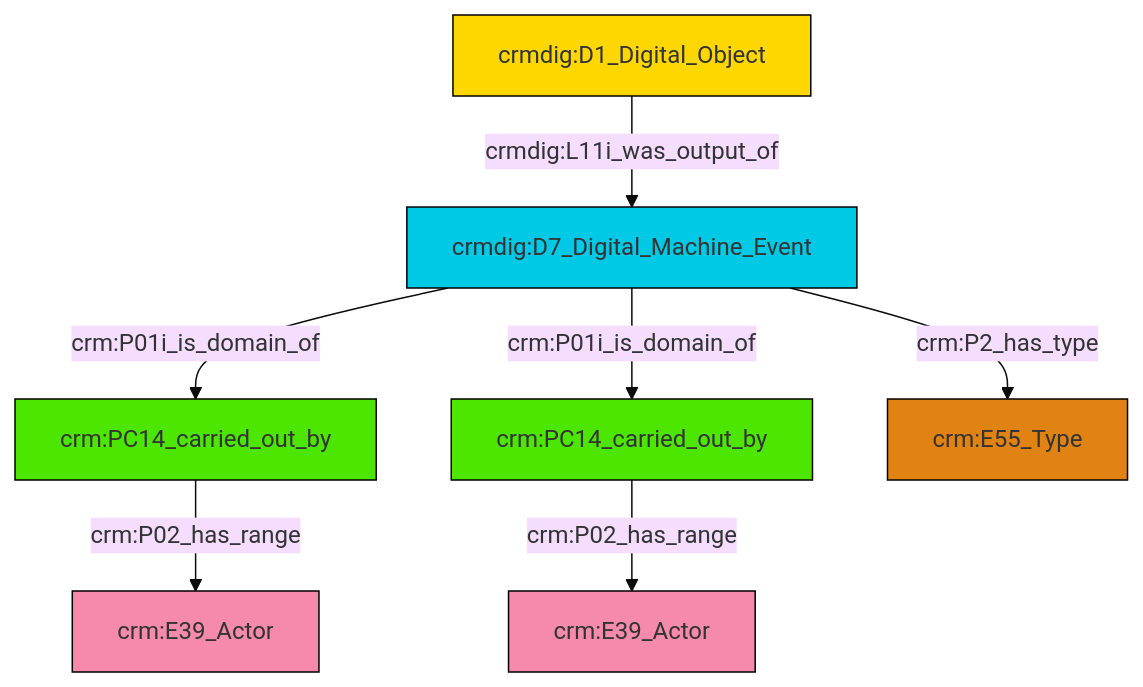
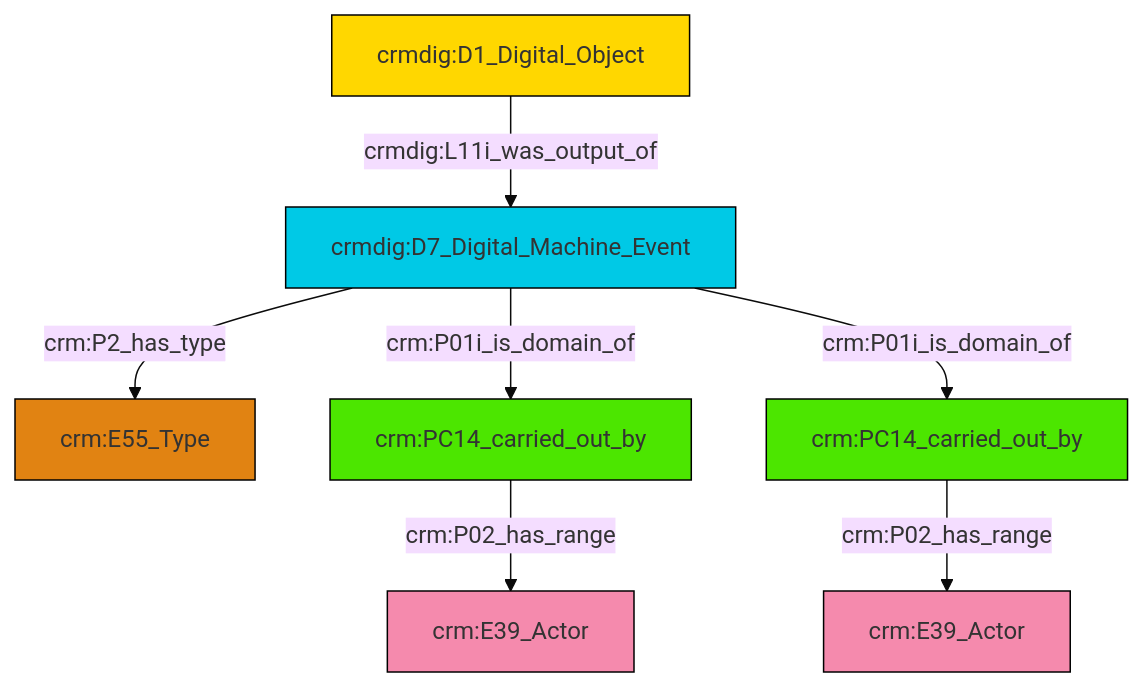
The diagram in et/doCSV/ttl/mmd/do_actor_relations.ttl.mmd (swiss-art-research-net/docs.swissartresearch), drawn with Mermaid (base theme) before and after one commit. The commit also changed 180 other files, not shown here.

```diff
--- a/et/doCSV/ttl/mmd/do_actor_relations.ttl.mmd
+++ b/et/doCSV/ttl/mmd/do_actor_relations.ttl.mmd
@@ -1,21 +1,21 @@
 graph TD
 classDef Literal fill:#f2f2f2,stroke:#000000;
 classDef CRM_Entity fill:#FFFFFF,stroke:#000000;
 classDef Temporal_Entity fill:#00C9E6, stroke:#000000;
 classDef Type fill:#E18312, stroke:#000000;
 classDef Time-Span fill:#2C9C91, stroke:#000000;
 classDef Appellation fill:#FFEB7F, stroke:#000000;
 classDef Place fill:#008836, stroke:#000000;
 classDef Persistent_Item fill:#B266B2, stroke:#000000;
 classDef Conceptual_Object fill:#FFD700, stroke:#000000;
 classDef Physical_Thing fill:#D2B48C, stroke:#000000;
 classDef Actor fill:#f58aad, stroke:#000000;
 classDef PC_Classes fill:#4ce600, stroke:#000000;
 classDef Multi fill:#cccccc,stroke:#000000;
 
-2["crm:PC14_carried_out_by"]:::PC_Classes -->|crm:P02_has_range| 3["crm:E39_Actor"]:::Actor
-5["crmdig:D1_Digital_Object"]:::Conceptual_Object -->|crmdig:L11i_was_output_of| 6["crmdig:D7_Digital_Machine_Event"]:::Temporal_Entity
-6["crmdig:D7_Digital_Machine_Event"]:::Temporal_Entity -->|crm:P01i_is_domain_of| 0["crm:PC14_carried_out_by"]:::PC_Classes
-6["crmdig:D7_Digital_Machine_Event"]:::Temporal_Entity -->|crm:P2_has_type| 7["crm:E55_Type"]:::Type
-0["crm:PC14_carried_out_by"]:::PC_Classes -->|crm:P02_has_range| 8["crm:E39_Actor"]:::Actor
-6["crmdig:D7_Digital_Machine_Event"]:::Temporal_Entity -->|crm:P01i_is_domain_of| 2["crm:PC14_carried_out_by"]:::PC_Classes
+0["crmdig:D7_Digital_Machine_Event"]:::Temporal_Entity -->|crm:P2_has_type| 1["crm:E55_Type"]:::Type
+0["crmdig:D7_Digital_Machine_Event"]:::Temporal_Entity -->|crm:P01i_is_domain_of| 2["crm:PC14_carried_out_by"]:::PC_Classes
+8["crm:PC14_carried_out_by"]:::PC_Classes -->|crm:P02_has_range| 9["crm:E39_Actor"]:::Actor
+2["crm:PC14_carried_out_by"]:::PC_Classes -->|crm:P02_has_range| 4["crm:E39_Actor"]:::Actor
+0["crmdig:D7_Digital_Machine_Event"]:::Temporal_Entity -->|crm:P01i_is_domain_of| 8["crm:PC14_carried_out_by"]:::PC_Classes
+14["crmdig:D1_Digital_Object"]:::Conceptual_Object -->|crmdig:L11i_was_output_of| 0["crmdig:D7_Digital_Machine_Event"]:::Temporal_Entity
```
